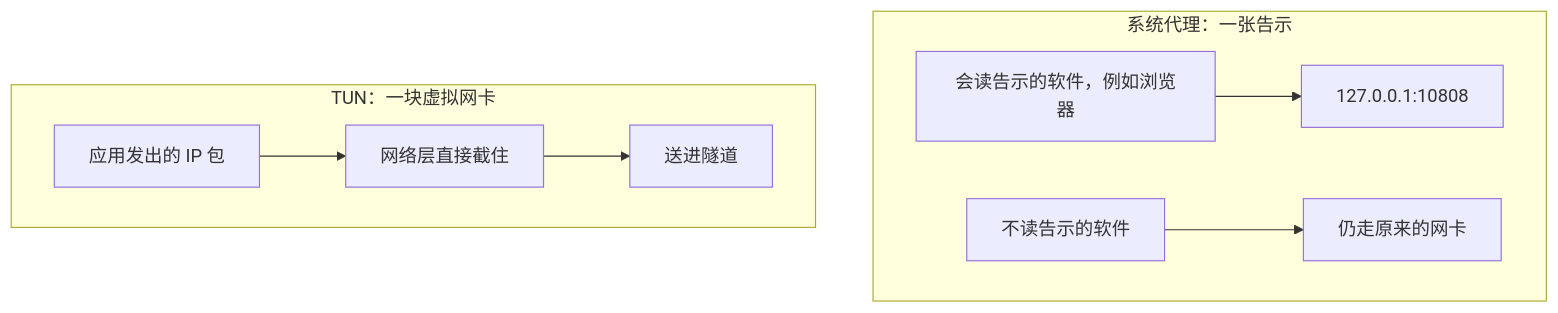
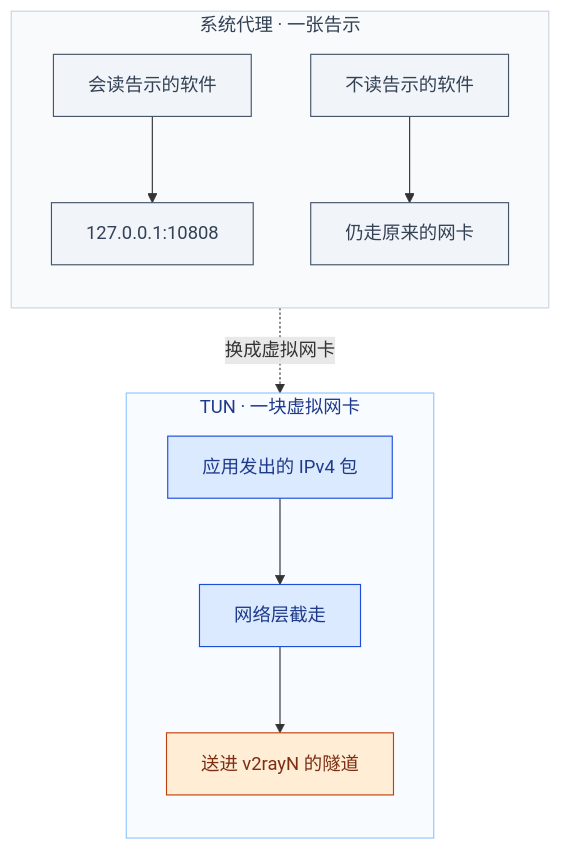
The eighth of 10 diagrams in docs/tutorials/residential-proxy-vps-relay.md (daily-learn-sch/myblog), drawn with Mermaid before and after one commit. The commit also changed other lines of this file and 2 other files, not shown here.

````diff
--- a/docs/tutorials/residential-proxy-vps-relay.md
+++ b/docs/tutorials/residential-proxy-vps-relay.md
@@ -332,11 +715,22 @@
 ```mermaid
 flowchart TB
-  subgraph notice [系统代理：一张告示]
-    Brows["会读告示的软件，例如浏览器"] --> Http["127.0.0.1:10808"]
-    Other["不读告示的软件"] --> Phy["仍走原来的网卡"]
+  subgraph notice ["系统代理 · 一张告示"]
+    direction TB
+    br["会读告示的软件"] --> hp["127.0.0.1:10808"]
+    ot["不读告示的软件"] --> phy["仍走原来的网卡"]
   end
-  subgraph nic [TUN：一块虚拟网卡]
-    Any["应用发出的 IP 包"] --> Tun["网络层直接截住"]
-    Tun --> Exit["送进隧道"]
+  phy -.->|换成虚拟网卡| any
+  subgraph nic ["TUN · 一块虚拟网卡"]
+    direction TB
+    any["应用发出的 IPv4 包"] --> tun["网络层截走"]
+    tun --> exit["送进 v2rayN 的隧道"]
   end
+  classDef old fill:#f1f5f9,stroke:#475569,color:#334155
+  classDef mac fill:#dbeafe,stroke:#1d4ed8,color:#1e3a8a
+  classDef vps fill:#ffedd5,stroke:#c2410c,color:#7c2d12
+  class br,hp,ot,phy old
+  class any,tun mac
+  class exit vps
+  style notice fill:#f8fafc,stroke:#cbd5e1,color:#334155
+  style nic fill:#f8fbff,stroke:#93c5fd,color:#1e3a8a
 ```
````
